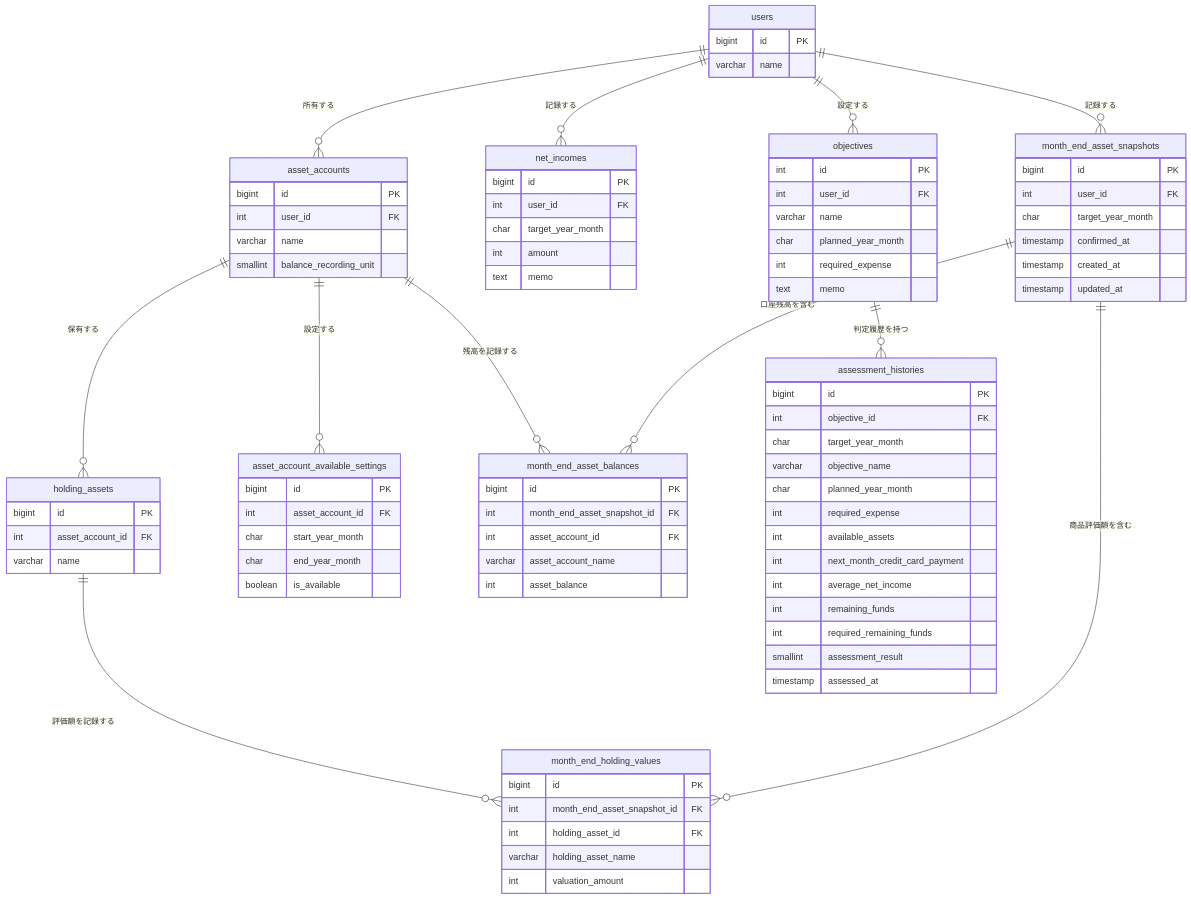
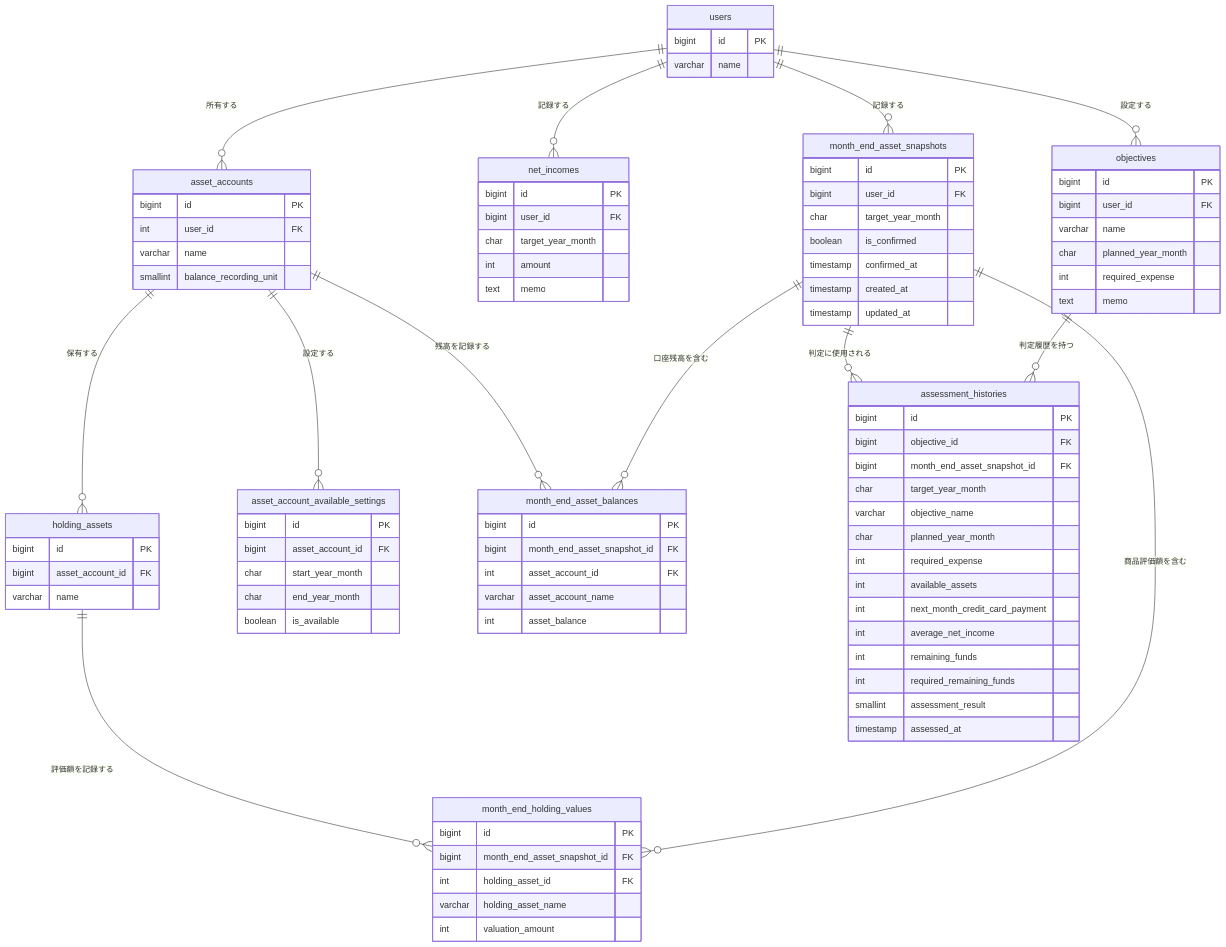
Before and after one commit to engineertoshio0612-create/life-planner: the diagram in docs/database/er-diagram-phase1.md, drawn with Mermaid. The commit also changed 6 other files, not shown here.

```diff
--- a/docs/database/er-diagram-phase1.md
+++ b/docs/database/er-diagram-phase1.md
@@ -14,6 +14,7 @@
     holding_assets ||--o{ month_end_holding_values : 評価額を記録する
     month_end_asset_snapshots ||--o{ month_end_asset_balances : 口座残高を含む
     month_end_asset_snapshots ||--o{ month_end_holding_values : 商品評価額を含む
+    month_end_asset_snapshots ||--o{ assessment_histories : 判定に使用される
     objectives ||--o{ assessment_histories : 判定履歴を持つ
 
     users {
@@ -30,15 +31,15 @@
 
     net_incomes {
         bigint id PK
-        int user_id FK
+        bigint user_id FK
         char target_year_month
         int amount
         text memo
     }
 
     objectives {
-        int id PK
-        int user_id FK
+        bigint id PK
+        bigint user_id FK
         varchar name
         char planned_year_month
         int required_expense
@@ -47,7 +48,8 @@
 
     assessment_histories {
         bigint id PK
-        int objective_id FK
+        bigint objective_id FK
+        bigint month_end_asset_snapshot_id FK
         char target_year_month
         varchar objective_name
         char planned_year_month
@@ -63,13 +65,13 @@
 
     holding_assets {
         bigint id PK
-        int asset_account_id FK
+        bigint asset_account_id FK
         varchar name
     }
 
     asset_account_available_settings {
         bigint id PK
-        int asset_account_id FK
+        bigint asset_account_id FK
         char start_year_month
         char end_year_month
         boolean is_available
@@ -77,8 +79,9 @@
 
     month_end_asset_snapshots {
         bigint id PK
-        int user_id FK
+        bigint user_id FK
         char target_year_month
+        boolean is_confirmed
         timestamp confirmed_at
         timestamp created_at
         timestamp updated_at
@@ -86,7 +89,7 @@
 
     month_end_asset_balances {
         bigint id PK
-        int month_end_asset_snapshot_id FK
+        bigint month_end_asset_snapshot_id FK
         int asset_account_id FK
         varchar asset_account_name
         int asset_balance
@@ -94,7 +97,7 @@
 
     month_end_holding_values {
         bigint id PK
-        int month_end_asset_snapshot_id FK
+        bigint month_end_asset_snapshot_id FK
         int holding_asset_id FK
         varchar holding_asset_name
         int valuation_amount
```
